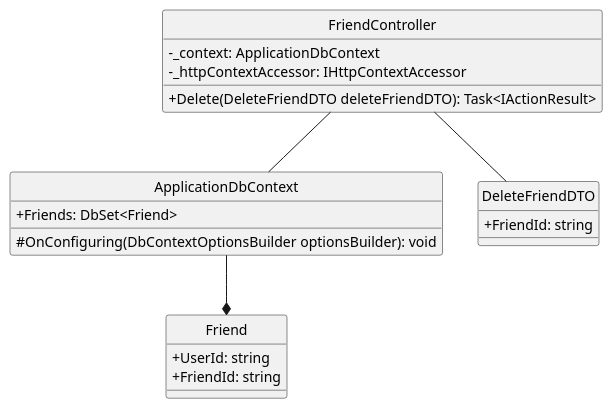
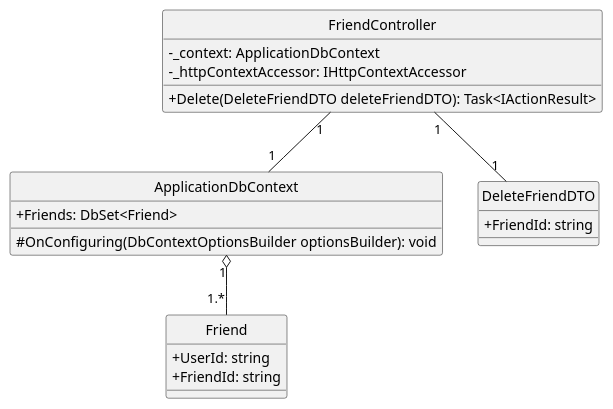
Before and after one commit to Carl-Johnsons/Chat-Application: the diagram in docs/Class Diagram/Identity/DeleteFriend/ClassDiagram.plantuml, drawn with PlantUML. The commit also changed 11 other files, not shown here.

```diff
--- a/docs/Class Diagram/Identity/DeleteFriend/ClassDiagram.plantuml
+++ b/docs/Class Diagram/Identity/DeleteFriend/ClassDiagram.plantuml
@@ -1,29 +1,29 @@
-@startuml deleteFriend
+@startuml
 hide circle
 skinparam classAttributeIconSize 0
 class FriendController {
     - _context: ApplicationDbContext
     - _httpContextAccessor: IHttpContextAccessor
     + Delete(DeleteFriendDTO deleteFriendDTO): Task<IActionResult>
 }
 
 class ApplicationDbContext {
     + Friends: DbSet<Friend>
     # OnConfiguring(DbContextOptionsBuilder optionsBuilder): void
 }
 
 class DeleteFriendDTO {
     + FriendId: string
 }
 
 
 class Friend{
     + UserId: string
     + FriendId: string
 }
 
 
-FriendController -- ApplicationDbContext
-FriendController -- DeleteFriendDTO
-ApplicationDbContext --* Friend
+FriendController "1" -- "1" ApplicationDbContext
+FriendController "1" --"1" DeleteFriendDTO
+ApplicationDbContext "1" o--"1.*" Friend
 @enduml
```
